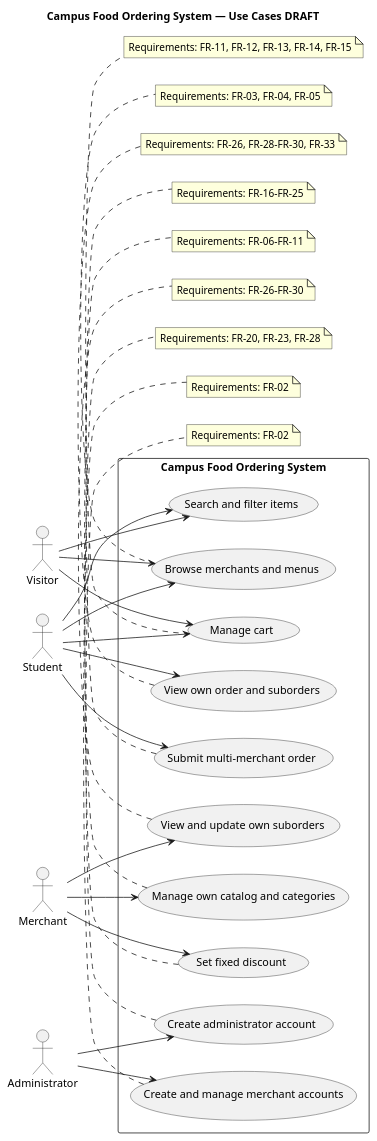
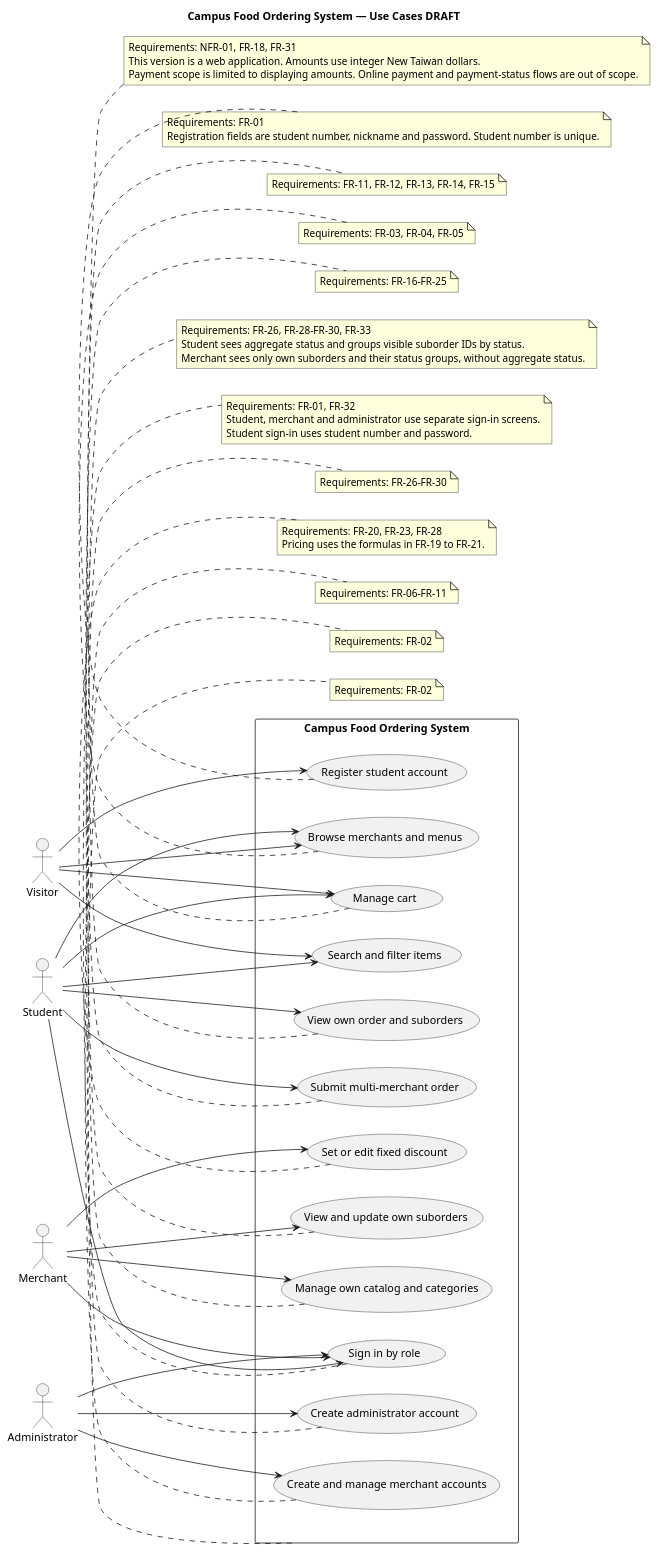
Before and after one commit to actcfx/CampusFoodOrderingSystem: the diagram in specs/001-campus-ordering/uml/use-cases.puml, drawn with PlantUML. The commit also changed 9 other files, not shown here.

Commit message:
Docs: Revise UML per G4 decisions and CR-002

```diff
--- a/specs/001-campus-ordering/uml/use-cases.puml
+++ b/specs/001-campus-ordering/uml/use-cases.puml
@@ -1,65 +1,89 @@
 @startuml
 title Campus Food Ordering System — Use Cases DRAFT
 left to right direction
 
 actor Visitor
 actor Student
 actor Merchant
 actor Administrator
 
 rectangle "Campus Food Ordering System" {
   usecase "Browse merchants and menus" as UC_Browse
   usecase "Search and filter items" as UC_Search
   usecase "Manage cart" as UC_Cart
+  usecase "Register student account" as UC_Register
+  usecase "Sign in by role" as UC_Login
   usecase "Submit multi-merchant order" as UC_Submit
   usecase "View own order and suborders" as UC_ViewOrder
   usecase "Manage own catalog and categories" as UC_Catalog
-  usecase "Set fixed discount" as UC_Discount
+  usecase "Set or edit fixed discount" as UC_Discount
   usecase "View and update own suborders" as UC_Suborders
   usecase "Create and manage merchant accounts" as UC_Merchants
   usecase "Create administrator account" as UC_Admins
 }
 
 Visitor --> UC_Browse
 Visitor --> UC_Search
 Visitor --> UC_Cart
+Visitor --> UC_Register
 Student --> UC_Browse
 Student --> UC_Search
 Student --> UC_Cart
 Student --> UC_Submit
 Student --> UC_ViewOrder
+Student --> UC_Login
 Merchant --> UC_Catalog
 Merchant --> UC_Discount
 Merchant --> UC_Suborders
+Merchant --> UC_Login
 Administrator --> UC_Merchants
 Administrator --> UC_Admins
+Administrator --> UC_Login
 
 note bottom of UC_Browse
   Requirements: FR-03, FR-04, FR-05
 end note
 note bottom of UC_Cart
   Requirements: FR-11, FR-12, FR-13, FR-14, FR-15
 end note
+note bottom of UC_Register
+  Requirements: FR-01
+  Registration fields are student number, nickname and password. Student number is unique.
+end note
+note bottom of UC_Login
+  Requirements: FR-01, FR-32
+  Student, merchant and administrator use separate sign-in screens.
+  Student sign-in uses student number and password.
+end note
 note bottom of UC_Submit
   Requirements: FR-16–FR-25
 end note
 note bottom of UC_ViewOrder
   Requirements: FR-26, FR-28–FR-30, FR-33
+  Student sees aggregate status and groups visible suborder IDs by status.
+  Merchant sees only own suborders and their status groups, without aggregate status.
 end note
 note bottom of UC_Catalog
   Requirements: FR-06–FR-11
 end note
 note bottom of UC_Discount
   Requirements: FR-20, FR-23, FR-28
+  Pricing uses the formulas in FR-19 to FR-21.
 end note
 note bottom of UC_Suborders
   Requirements: FR-26–FR-30
 end note
 note bottom of UC_Merchants
   Requirements: FR-02
 end note
 note bottom of UC_Admins
   Requirements: FR-02
 end note
 
+note bottom of "Campus Food Ordering System"
+  Requirements: NFR-01, FR-18, FR-31
+  This version is a web application. Amounts use integer New Taiwan dollars.
+  Payment scope is limited to displaying amounts. Online payment and payment-status flows are out of scope.
+end note
+
 @enduml
```
